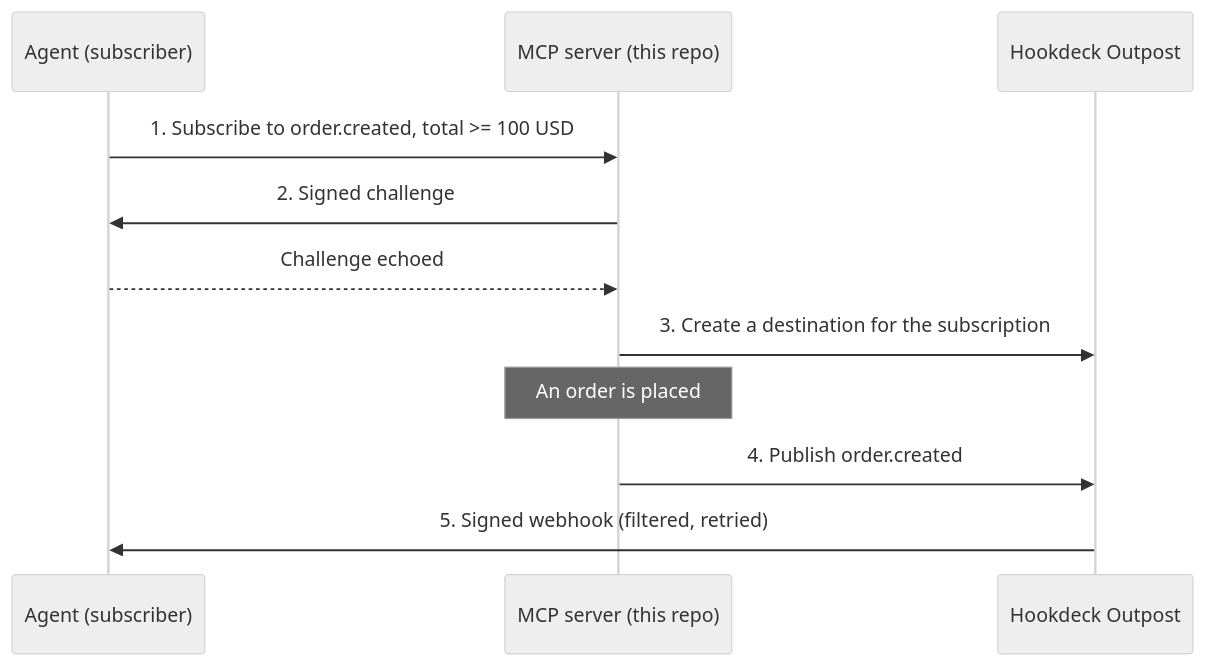
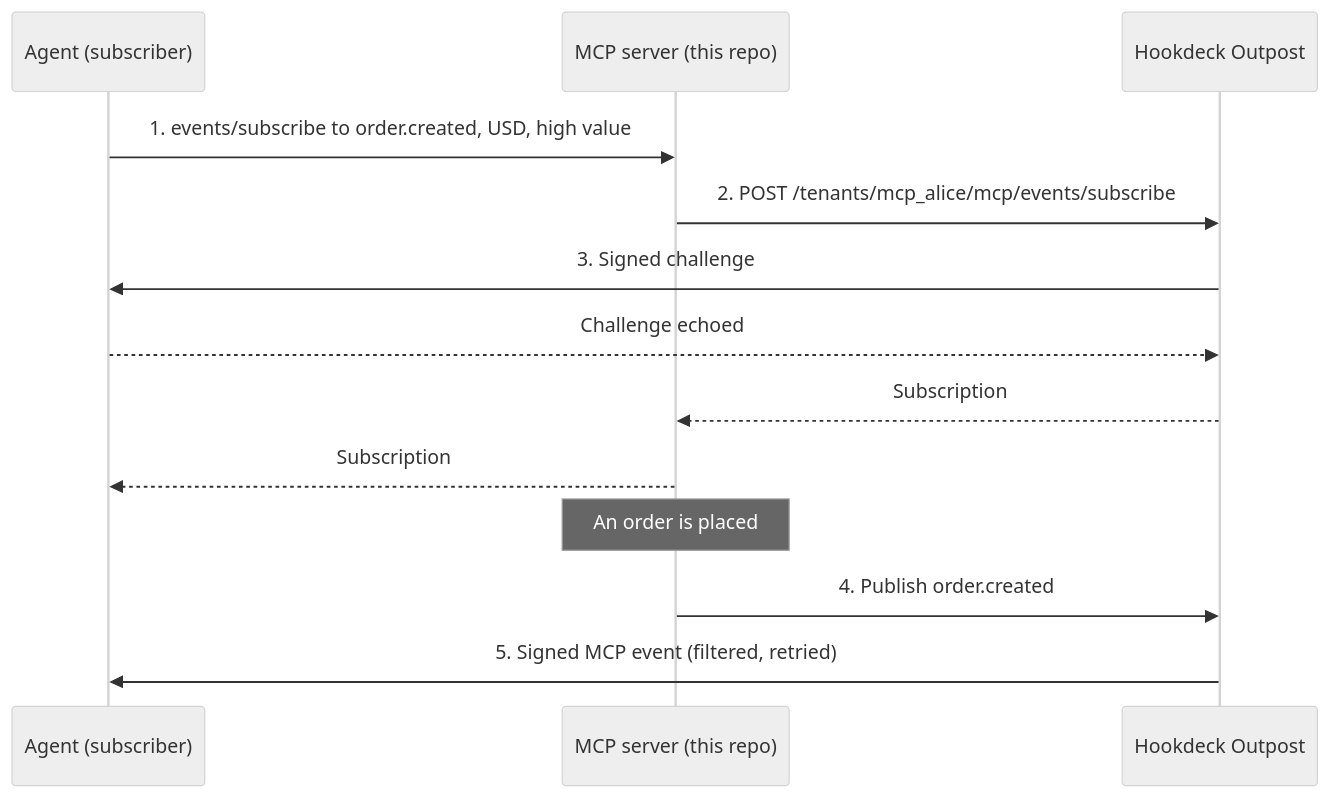
Before and after one commit to hookdeck/mcp-events-outpost-demo: the first of 2 diagrams in README.md, drawn with Mermaid (neutral theme). The commit also changed other lines of this file and 1 other file, not shown here.

First line of the commit message:
docs: describe the native Outpost MCP Events flow

````diff
--- a/README.md
+++ b/README.md
@@ -23,13 +25,15 @@
 ```mermaid
 sequenceDiagram
     participant A as Agent (subscriber)
     participant S as MCP server (this repo)
     participant O as Hookdeck Outpost
-    A->>S: 1. Subscribe to order.created, total >= 100 USD
-    S->>A: 2. Signed challenge
-    A-->>S: Challenge echoed
-    S->>O: 3. Create a destination for the subscription
+    A->>S: 1. events/subscribe to order.created, USD, high value
+    S->>O: 2. POST /tenants/mcp_alice/mcp/events/subscribe
+    O->>A: 3. Signed challenge
+    A-->>O: Challenge echoed
+    O-->>S: Subscription
+    S-->>A: Subscription
     Note over S: An order is placed
     S->>O: 4. Publish order.created
-    O->>A: 5. Signed webhook (filtered, retried)
+    O->>A: 5. Signed MCP event (filtered, retried)
 ```
````
